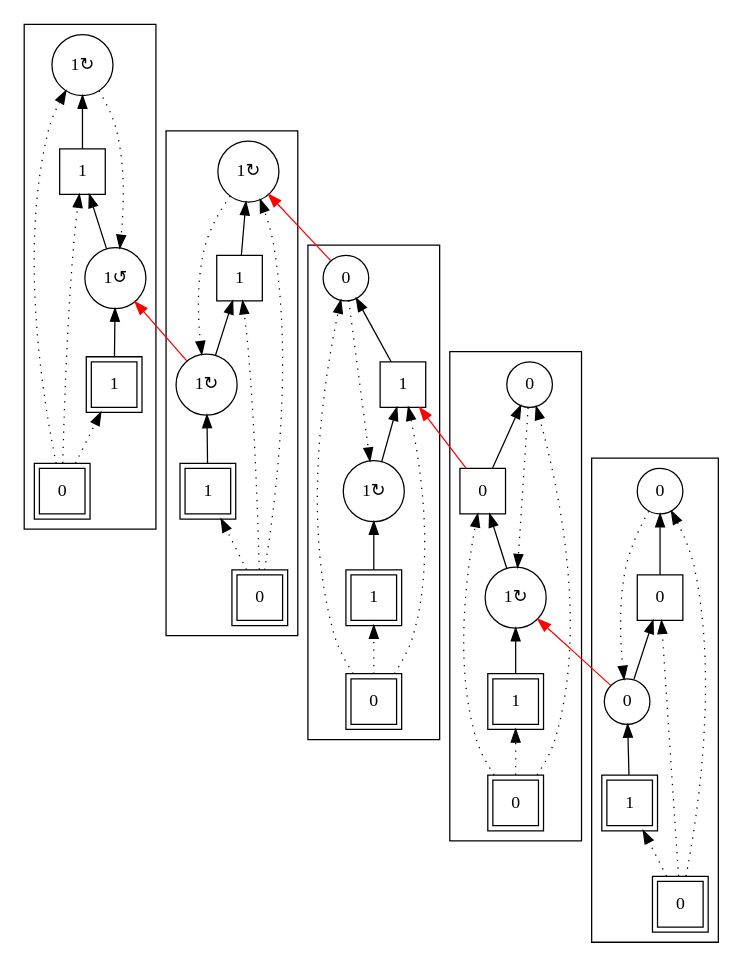
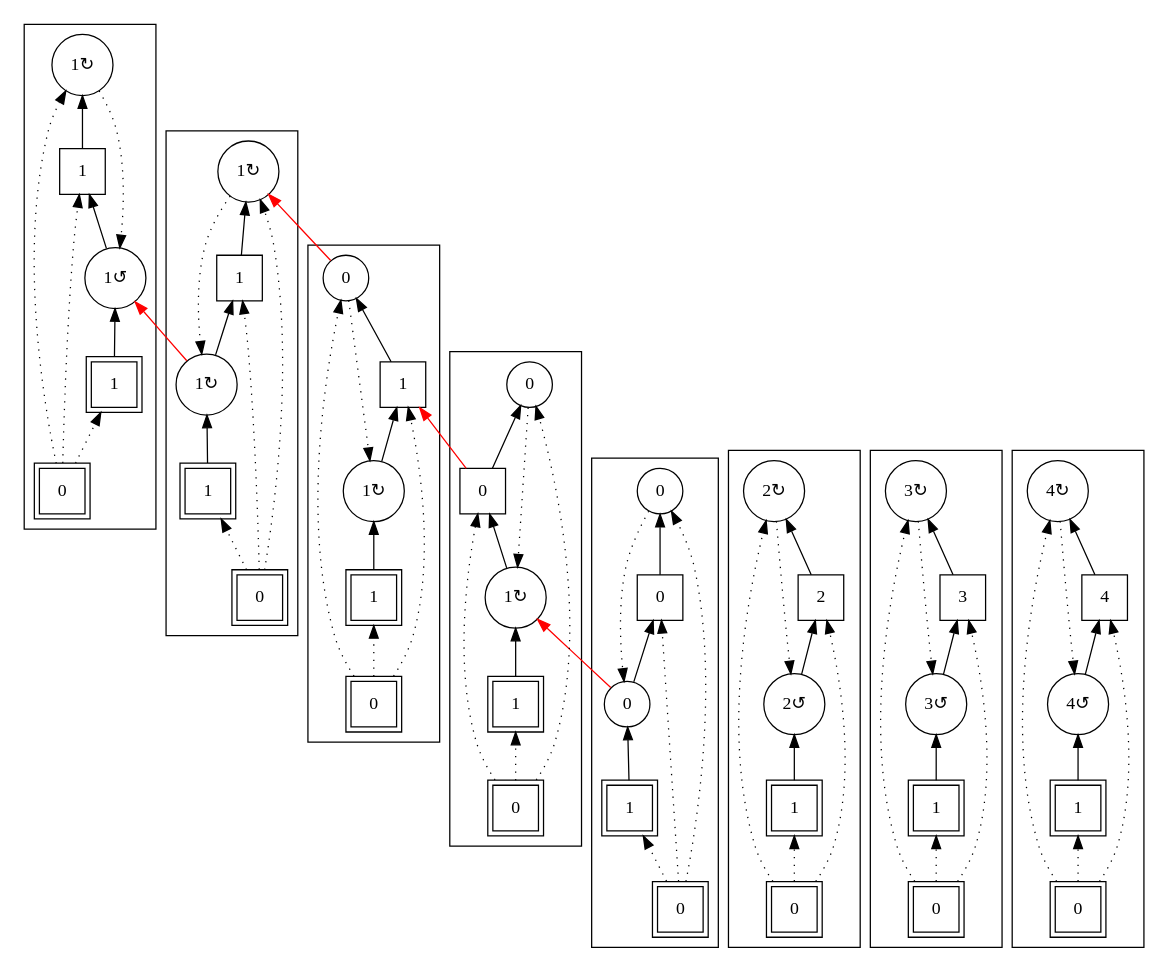
The diagram in mid/11/metagraph.gv (increpare/AbstractPropagationSim), drawn with Graphviz before and after one commit. The commit also changed 17 other files, not shown here.

```diff
--- a/mid/11/metagraph.gv
+++ b/mid/11/metagraph.gv
@@ -75,6 +75,51 @@
 	"Player1X1XGround0X1XSausage01X0XSausage11X2XIsland1X1X_Ground" -> "Player1X1XGround0X1XSausage01X0XSausage11X2XIsland1X1X_Island" [style=dotted];
 	"Player1X1XGround0X1XSausage01X0XSausage11X2XIsland1X1X_Island" -> "Player1X1XGround0X1XSausage01X0XSausage11X2XIsland1X1X_Sausage1";
 }
+subgraph cluster_Player1X1XGround0X1XSausage02X0XSausage12X2XIsland2X1X {
+Node [ fontname="Apple Symbols"];
+Player1X1XGround0X1XSausage02X0XSausage12X2XIsland2X1X_Player[ label ="1"  shape=square peripheries=2 ];
+Player1X1XGround0X1XSausage02X0XSausage12X2XIsland2X1X_Ground[ label ="0"  shape=square peripheries=2 ];
+Player1X1XGround0X1XSausage02X0XSausage12X2XIsland2X1X_Sausage0[ label ="2&#8634;"  shape=circle ];
+Player1X1XGround0X1XSausage02X0XSausage12X2XIsland2X1X_Sausage1[ label ="2&#8635;"  shape=circle ];
+Player1X1XGround0X1XSausage02X0XSausage12X2XIsland2X1X_Island[ label ="2"  shape=square ];
+	"Player1X1XGround0X1XSausage02X0XSausage12X2XIsland2X1X_Ground" -> "Player1X1XGround0X1XSausage02X0XSausage12X2XIsland2X1X_Player" [style=dotted];
+	"Player1X1XGround0X1XSausage02X0XSausage12X2XIsland2X1X_Player" -> "Player1X1XGround0X1XSausage02X0XSausage12X2XIsland2X1X_Sausage0";
+	"Player1X1XGround0X1XSausage02X0XSausage12X2XIsland2X1X_Sausage1" -> "Player1X1XGround0X1XSausage02X0XSausage12X2XIsland2X1X_Sausage0" [style=dotted];
+	"Player1X1XGround0X1XSausage02X0XSausage12X2XIsland2X1X_Sausage0" -> "Player1X1XGround0X1XSausage02X0XSausage12X2XIsland2X1X_Island";
+	"Player1X1XGround0X1XSausage02X0XSausage12X2XIsland2X1X_Ground" -> "Player1X1XGround0X1XSausage02X0XSausage12X2XIsland2X1X_Sausage1" [style=dotted];
+	"Player1X1XGround0X1XSausage02X0XSausage12X2XIsland2X1X_Ground" -> "Player1X1XGround0X1XSausage02X0XSausage12X2XIsland2X1X_Island" [style=dotted];
+	"Player1X1XGround0X1XSausage02X0XSausage12X2XIsland2X1X_Island" -> "Player1X1XGround0X1XSausage02X0XSausage12X2XIsland2X1X_Sausage1";
+}
+subgraph cluster_Player1X1XGround0X1XSausage03X0XSausage13X2XIsland3X1X {
+Node [ fontname="Apple Symbols"];
+Player1X1XGround0X1XSausage03X0XSausage13X2XIsland3X1X_Player[ label ="1"  shape=square peripheries=2 ];
+Player1X1XGround0X1XSausage03X0XSausage13X2XIsland3X1X_Ground[ label ="0"  shape=square peripheries=2 ];
+Player1X1XGround0X1XSausage03X0XSausage13X2XIsland3X1X_Sausage0[ label ="3&#8634;"  shape=circle ];
+Player1X1XGround0X1XSausage03X0XSausage13X2XIsland3X1X_Sausage1[ label ="3&#8635;"  shape=circle ];
+Player1X1XGround0X1XSausage03X0XSausage13X2XIsland3X1X_Island[ label ="3"  shape=square ];
+	"Player1X1XGround0X1XSausage03X0XSausage13X2XIsland3X1X_Ground" -> "Player1X1XGround0X1XSausage03X0XSausage13X2XIsland3X1X_Player" [style=dotted];
+	"Player1X1XGround0X1XSausage03X0XSausage13X2XIsland3X1X_Player" -> "Player1X1XGround0X1XSausage03X0XSausage13X2XIsland3X1X_Sausage0";
+	"Player1X1XGround0X1XSausage03X0XSausage13X2XIsland3X1X_Sausage1" -> "Player1X1XGround0X1XSausage03X0XSausage13X2XIsland3X1X_Sausage0" [style=dotted];
+	"Player1X1XGround0X1XSausage03X0XSausage13X2XIsland3X1X_Sausage0" -> "Player1X1XGround0X1XSausage03X0XSausage13X2XIsland3X1X_Island";
+	"Player1X1XGround0X1XSausage03X0XSausage13X2XIsland3X1X_Ground" -> "Player1X1XGround0X1XSausage03X0XSausage13X2XIsland3X1X_Sausage1" [style=dotted];
+	"Player1X1XGround0X1XSausage03X0XSausage13X2XIsland3X1X_Ground" -> "Player1X1XGround0X1XSausage03X0XSausage13X2XIsland3X1X_Island" [style=dotted];
+	"Player1X1XGround0X1XSausage03X0XSausage13X2XIsland3X1X_Island" -> "Player1X1XGround0X1XSausage03X0XSausage13X2XIsland3X1X_Sausage1";
+}
+subgraph cluster_Player1X1XGround0X1XSausage04X0XSausage14X2XIsland4X1X {
+Node [ fontname="Apple Symbols"];
+Player1X1XGround0X1XSausage04X0XSausage14X2XIsland4X1X_Player[ label ="1"  shape=square peripheries=2 ];
+Player1X1XGround0X1XSausage04X0XSausage14X2XIsland4X1X_Ground[ label ="0"  shape=square peripheries=2 ];
+Player1X1XGround0X1XSausage04X0XSausage14X2XIsland4X1X_Sausage0[ label ="4&#8634;"  shape=circle ];
+Player1X1XGround0X1XSausage04X0XSausage14X2XIsland4X1X_Sausage1[ label ="4&#8635;"  shape=circle ];
+Player1X1XGround0X1XSausage04X0XSausage14X2XIsland4X1X_Island[ label ="4"  shape=square ];
+	"Player1X1XGround0X1XSausage04X0XSausage14X2XIsland4X1X_Ground" -> "Player1X1XGround0X1XSausage04X0XSausage14X2XIsland4X1X_Player" [style=dotted];
+	"Player1X1XGround0X1XSausage04X0XSausage14X2XIsland4X1X_Player" -> "Player1X1XGround0X1XSausage04X0XSausage14X2XIsland4X1X_Sausage0";
+	"Player1X1XGround0X1XSausage04X0XSausage14X2XIsland4X1X_Sausage1" -> "Player1X1XGround0X1XSausage04X0XSausage14X2XIsland4X1X_Sausage0" [style=dotted];
+	"Player1X1XGround0X1XSausage04X0XSausage14X2XIsland4X1X_Sausage0" -> "Player1X1XGround0X1XSausage04X0XSausage14X2XIsland4X1X_Island";
+	"Player1X1XGround0X1XSausage04X0XSausage14X2XIsland4X1X_Ground" -> "Player1X1XGround0X1XSausage04X0XSausage14X2XIsland4X1X_Sausage1" [style=dotted];
+	"Player1X1XGround0X1XSausage04X0XSausage14X2XIsland4X1X_Ground" -> "Player1X1XGround0X1XSausage04X0XSausage14X2XIsland4X1X_Island" [style=dotted];
+	"Player1X1XGround0X1XSausage04X0XSausage14X2XIsland4X1X_Island" -> "Player1X1XGround0X1XSausage04X0XSausage14X2XIsland4X1X_Sausage1";
+}
 	"Player1X1XGround0X1XSausage00X1XSausage10X1XIsland0X1X_Sausage0" -> "Player1X1XGround0X1XSausage01X2XSausage10X1XIsland0X1X_Sausage0" [ ltail = Player1X1XGround0X1XSausage00X1XSausage10X1XIsland0X1X_Sausage0 rtail = Player1X1XGround0X1XSausage01X2XSausage10X1XIsland0X1X_Sausage0 color=red ];
 	"Player1X1XGround0X1XSausage01X2XSausage10X1XIsland0X1X_Island" -> "Player1X1XGround0X1XSausage01X2XSausage10X1XIsland1X1X_Island" [ ltail = Player1X1XGround0X1XSausage01X2XSausage10X1XIsland0X1X_Island rtail = Player1X1XGround0X1XSausage01X2XSausage10X1XIsland1X1X_Island color=red ];
 	"Player1X1XGround0X1XSausage01X2XSausage10X1XIsland1X1X_Sausage1" -> "Player1X1XGround0X1XSausage01X2XSausage11X2XIsland1X1X_Sausage1" [ ltail = Player1X1XGround0X1XSausage01X2XSausage10X1XIsland1X1X_Sausage1 rtail = Player1X1XGround0X1XSausage01X2XSausage11X2XIsland1X1X_Sausage1 color=red ];
```
